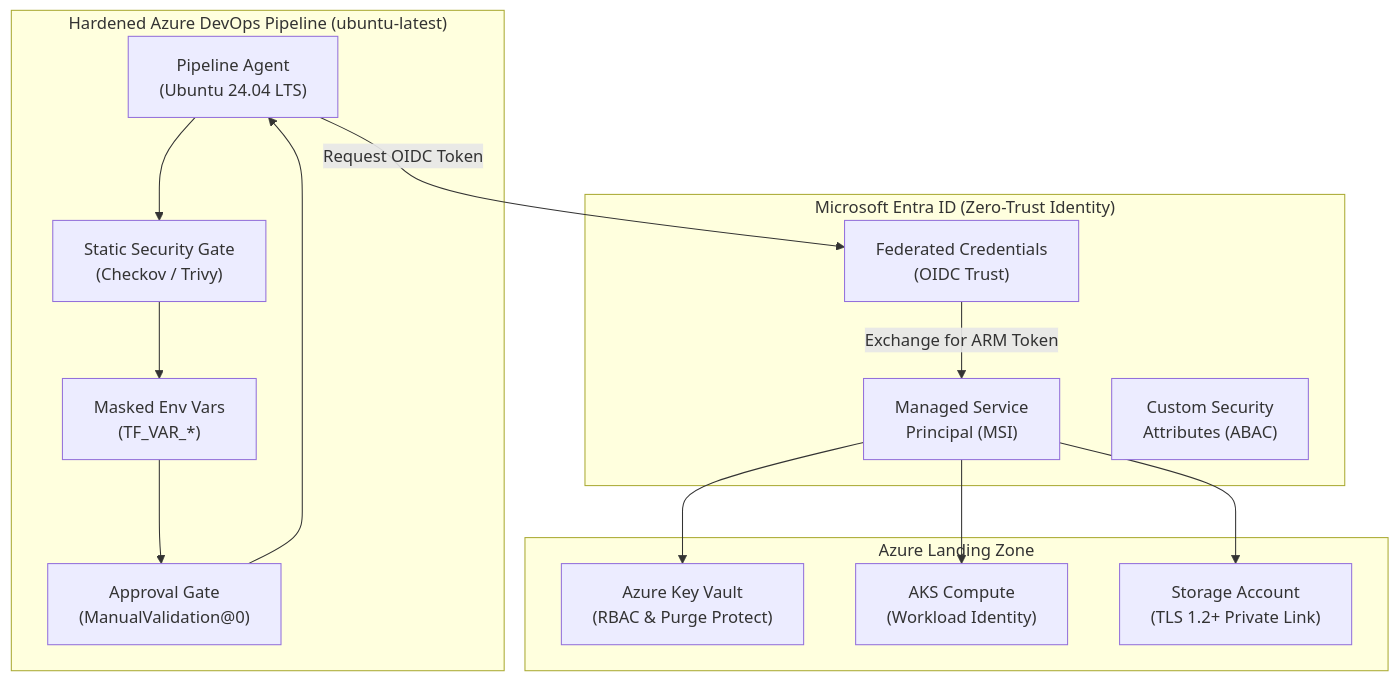
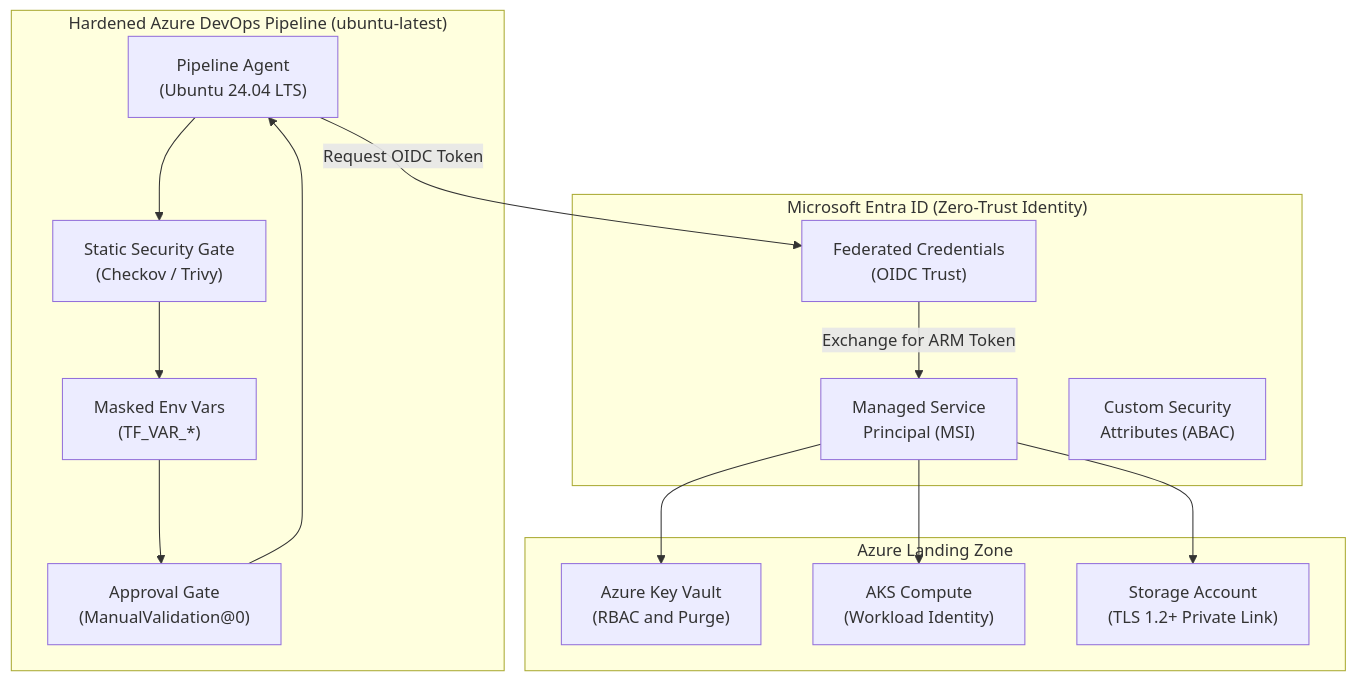
Before and after one commit to nubenetes/terraform-azure-devops-agentic: the diagram in docs/325-ZERO_TRUST_AND_PIPELINE_SECURITY.md, drawn with Mermaid. The commit also changed other lines of this file and 319 other files, not shown here.

````diff
--- a/docs/325-ZERO_TRUST_AND_PIPELINE_SECURITY.md
+++ b/docs/325-ZERO_TRUST_AND_PIPELINE_SECURITY.md
@@ -15,28 +32,28 @@
 ```mermaid
 flowchart TD
     subgraph Identity_Plane ["Microsoft Entra ID (Zero-Trust Identity)"]
         FedCred["Federated Credentials<br/>(OIDC Trust)"]
         SPN["Managed Service<br/>Principal (MSI)"]
         CSA["Custom Security<br/>Attributes (ABAC)"]
     end
     subgraph Pipeline_Plane ["Hardened Azure DevOps Pipeline (ubuntu-latest)"]
         Runner["Pipeline Agent<br/>(Ubuntu 24.04 LTS)"]
         MaskedEnv["Masked Env Vars<br/>(TF_VAR_*)"]
         Scan["Static Security Gate<br/>(Checkov / Trivy)"]
         Approval["Approval Gate<br/>(ManualValidation@0)"]
     end
     subgraph Azure_Plane ["Azure Landing Zone"]
-        KeyVault["Azure Key Vault<br/>(RBAC & Purge Protect)"]
+        KeyVault["Azure Key Vault<br/>(RBAC and Purge)"]
         AKS["AKS Compute<br/>(Workload Identity)"]
         Storage["Storage Account<br/>(TLS 1.2+ Private Link)"]
     end
     Runner --> Scan
     Scan --> MaskedEnv
     MaskedEnv --> Approval
     Approval --> Runner
     Runner -->|Request OIDC Token| FedCred
     FedCred -->|Exchange for ARM Token| SPN
     SPN --> KeyVault
     SPN --> AKS
     SPN --> Storage
 ```
````
